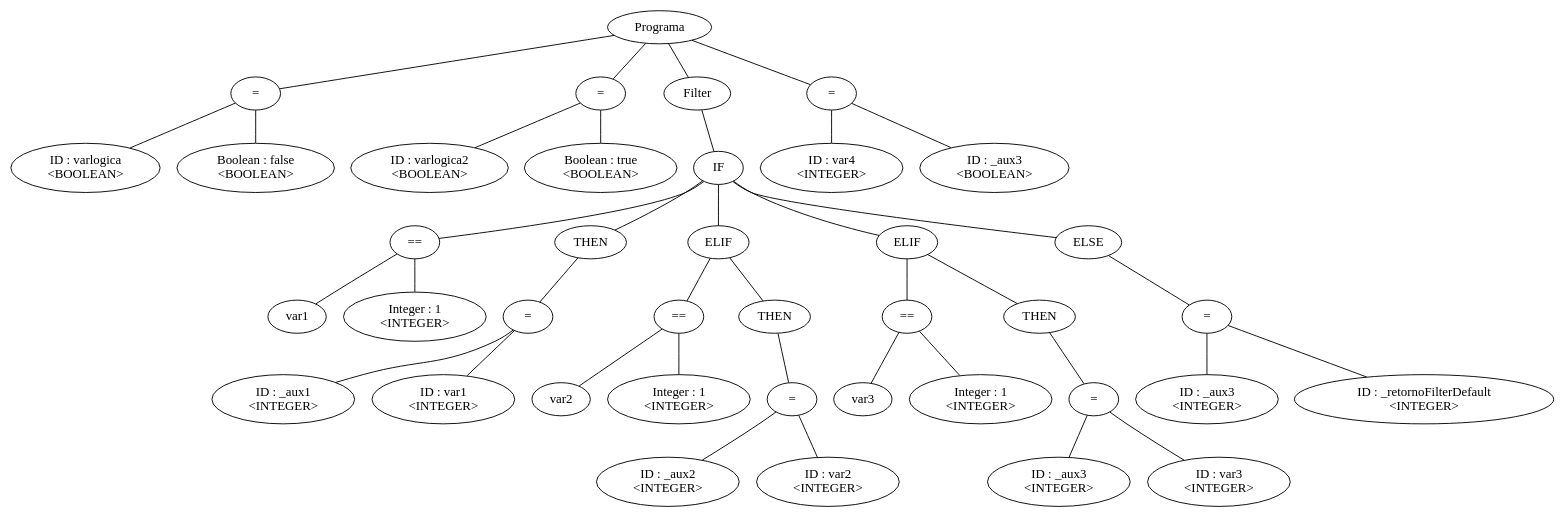
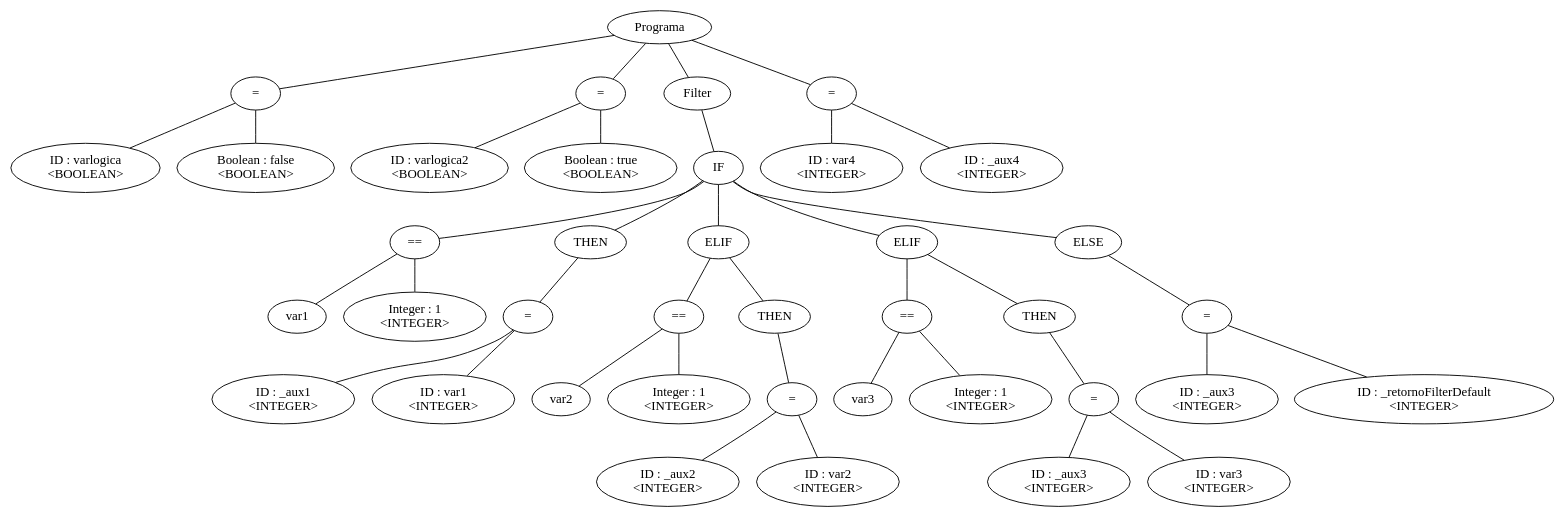
Before and after one commit to leandroprios/compilador: the diagram in arbol.dot, drawn with Graphviz. The commit also changed 5 other files, not shown here.

```diff
--- a/arbol.dot
+++ b/arbol.dot
@@ -1,78 +1,78 @@
-graph G {nodo_1078639890[label="Programa"]
-nodo_1909777158[label="="]
-nodo_1078639890--nodo_1909777158
-nodo_206323037[label="ID : varlogica\n<BOOLEAN>"]
-nodo_1909777158--nodo_206323037
-nodo_427533291[label="Boolean : false\n<BOOLEAN>"]
-nodo_1909777158--nodo_427533291
-nodo_1441543124[label="="]
-nodo_1078639890--nodo_1441543124
-nodo_66463420[label="ID : varlogica2\n<BOOLEAN>"]
-nodo_1441543124--nodo_66463420
-nodo_1857897802[label="Boolean : true\n<BOOLEAN>"]
-nodo_1441543124--nodo_1857897802
-nodo_706598797[label="Filter"]
-nodo_1078639890--nodo_706598797
-nodo_509289353[label="IF"]
-nodo_706598797--nodo_509289353
-nodo_683254514[label="=="]
-nodo_509289353--nodo_683254514
-nodo_1818016215[label="var1"]
-nodo_683254514--nodo_1818016215
-nodo_727488702[label="Integer : 1\n<INTEGER>"]
-nodo_683254514--nodo_727488702
-nodo_1199331040[label="THEN"]
-nodo_509289353--nodo_1199331040
-nodo_870968588[label="="]
-nodo_1199331040--nodo_870968588
-nodo_988969127[label="ID : _aux1\n<INTEGER>"]
-nodo_870968588--nodo_988969127
-nodo_1973722671[label="ID : var1\n<INTEGER>"]
-nodo_870968588--nodo_1973722671
-nodo_815513896[label="ELIF"]
-nodo_509289353--nodo_815513896
-nodo_1281809338[label="=="]
-nodo_815513896--nodo_1281809338
-nodo_1702409681[label="var2"]
-nodo_1281809338--nodo_1702409681
-nodo_880548535[label="Integer : 1\n<INTEGER>"]
-nodo_1281809338--nodo_880548535
-nodo_1978279311[label="THEN"]
-nodo_815513896--nodo_1978279311
-nodo_549565552[label="="]
-nodo_1978279311--nodo_549565552
-nodo_3627908[label="ID : _aux2\n<INTEGER>"]
-nodo_549565552--nodo_3627908
-nodo_1422545047[label="ID : var2\n<INTEGER>"]
-nodo_549565552--nodo_1422545047
-nodo_242004232[label="ELIF"]
-nodo_509289353--nodo_242004232
-nodo_589559425[label="=="]
-nodo_242004232--nodo_589559425
-nodo_426930714[label="var3"]
-nodo_589559425--nodo_426930714
-nodo_523949899[label="Integer : 1\n<INTEGER>"]
-nodo_589559425--nodo_523949899
-nodo_1193419614[label="THEN"]
-nodo_242004232--nodo_1193419614
-nodo_1209972396[label="="]
-nodo_1193419614--nodo_1209972396
-nodo_1115094807[label="ID : _aux3\n<INTEGER>"]
-nodo_1209972396--nodo_1115094807
-nodo_188737693[label="ID : var3\n<INTEGER>"]
-nodo_1209972396--nodo_188737693
-nodo_1436853977[label="ELSE"]
-nodo_509289353--nodo_1436853977
-nodo_1816971415[label="="]
-nodo_1436853977--nodo_1816971415
-nodo_431430734[label="ID : _aux3\n<INTEGER>"]
-nodo_1816971415--nodo_431430734
-nodo_1832416485[label="ID : _retornoFilterDefault\n<INTEGER>"]
-nodo_1816971415--nodo_1832416485
-nodo_1763201547[label="="]
-nodo_1078639890--nodo_1763201547
-nodo_1671051215[label="ID : var4\n<INTEGER>"]
-nodo_1763201547--nodo_1671051215
-nodo_1122894494[label="ID : _aux3\n<BOOLEAN>"]
-nodo_1763201547--nodo_1122894494
+graph G {nodo_1418921382[label="Programa"]
+nodo_259969174[label="="]
+nodo_1418921382--nodo_259969174
+nodo_925056113[label="ID : varlogica\n<BOOLEAN>"]
+nodo_259969174--nodo_925056113
+nodo_1481981821[label="Boolean : false\n<BOOLEAN>"]
+nodo_259969174--nodo_1481981821
+nodo_346533860[label="="]
+nodo_1418921382--nodo_346533860
+nodo_1839474566[label="ID : varlogica2\n<BOOLEAN>"]
+nodo_346533860--nodo_1839474566
+nodo_1128947447[label="Boolean : true\n<BOOLEAN>"]
+nodo_346533860--nodo_1128947447
+nodo_848637748[label="Filter"]
+nodo_1418921382--nodo_848637748
+nodo_467959309[label="IF"]
+nodo_848637748--nodo_467959309
+nodo_1462821600[label="=="]
+nodo_467959309--nodo_1462821600
+nodo_1184670487[label="var1"]
+nodo_1462821600--nodo_1184670487
+nodo_1575737471[label="Integer : 1\n<INTEGER>"]
+nodo_1462821600--nodo_1575737471
+nodo_2036671736[label="THEN"]
+nodo_467959309--nodo_2036671736
+nodo_892340339[label="="]
+nodo_2036671736--nodo_892340339
+nodo_379027929[label="ID : _aux1\n<INTEGER>"]
+nodo_892340339--nodo_379027929
+nodo_364682068[label="ID : var1\n<INTEGER>"]
+nodo_892340339--nodo_364682068
+nodo_1320048931[label="ELIF"]
+nodo_467959309--nodo_1320048931
+nodo_2078847765[label="=="]
+nodo_1320048931--nodo_2078847765
+nodo_1364946168[label="var2"]
+nodo_2078847765--nodo_1364946168
+nodo_541866940[label="Integer : 1\n<INTEGER>"]
+nodo_2078847765--nodo_541866940
+nodo_1500321867[label="THEN"]
+nodo_1320048931--nodo_1500321867
+nodo_576287067[label="="]
+nodo_1500321867--nodo_576287067
+nodo_686810436[label="ID : _aux2\n<INTEGER>"]
+nodo_576287067--nodo_686810436
+nodo_1765784126[label="ID : var2\n<INTEGER>"]
+nodo_576287067--nodo_1765784126
+nodo_1296228207[label="ELIF"]
+nodo_467959309--nodo_1296228207
+nodo_611888181[label="=="]
+nodo_1296228207--nodo_611888181
+nodo_1936373819[label="var3"]
+nodo_611888181--nodo_1936373819
+nodo_1737495074[label="Integer : 1\n<INTEGER>"]
+nodo_611888181--nodo_1737495074
+nodo_2120310795[label="THEN"]
+nodo_1296228207--nodo_2120310795
+nodo_1560943271[label="="]
+nodo_2120310795--nodo_1560943271
+nodo_2072500829[label="ID : _aux3\n<INTEGER>"]
+nodo_1560943271--nodo_2072500829
+nodo_476173837[label="ID : var3\n<INTEGER>"]
+nodo_1560943271--nodo_476173837
+nodo_462969957[label="ELSE"]
+nodo_467959309--nodo_462969957
+nodo_1030589643[label="="]
+nodo_462969957--nodo_1030589643
+nodo_2021518345[label="ID : _aux3\n<INTEGER>"]
+nodo_1030589643--nodo_2021518345
+nodo_1782484149[label="ID : _retornoFilterDefault\n<INTEGER>"]
+nodo_1030589643--nodo_1782484149
+nodo_569387796[label="="]
+nodo_1418921382--nodo_569387796
+nodo_1890250805[label="ID : var4\n<INTEGER>"]
+nodo_569387796--nodo_1890250805
+nodo_1730168717[label="ID : _aux4\n<INTEGER>"]
+nodo_569387796--nodo_1730168717
 }
```
